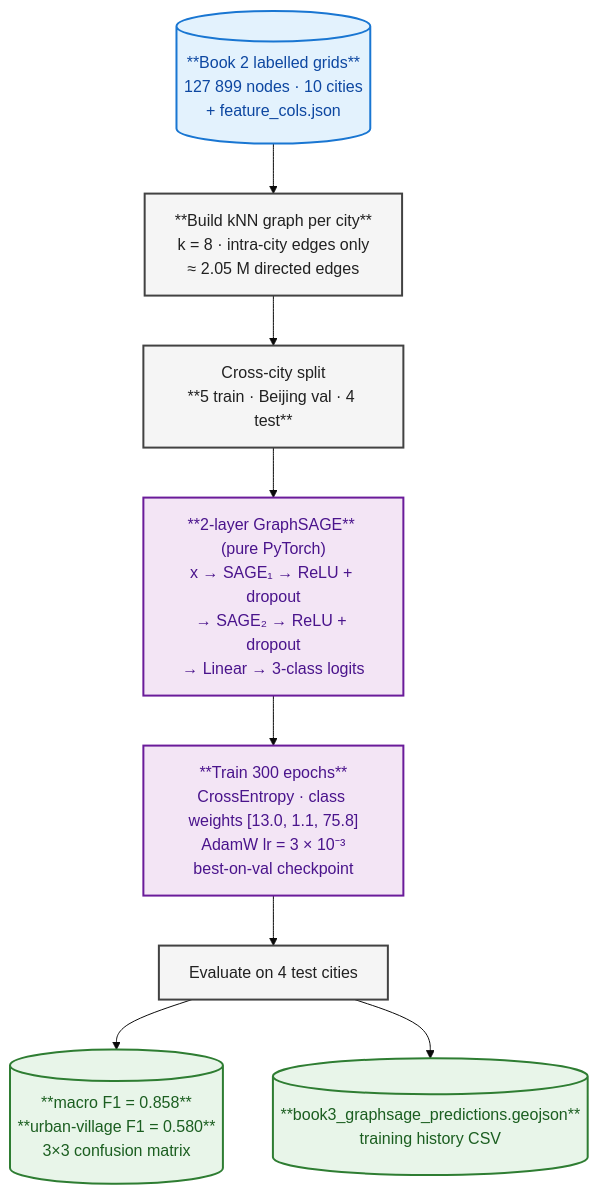
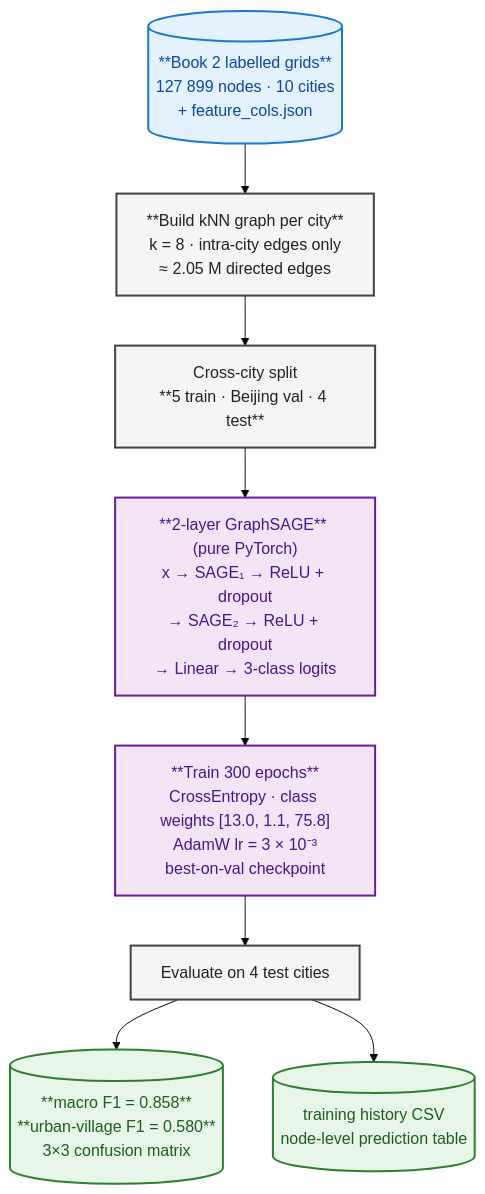
The sixth of 7 diagrams in README.md (Entao21/0069_coursework), drawn with Mermaid (base theme) before and after one commit. The commit also changed other lines of this file and 2 other files, not shown here.

````diff
--- a/README.md
+++ b/README.md
@@ -410,25 +415,25 @@
 ```mermaid
 flowchart TB
     A[("**Book 2 labelled grids**<br/>127 899 nodes · 10 cities<br/>+ feature_cols.json")]
     A --> B["**Build kNN graph per city**<br/>k = 8 · intra-city edges only<br/>≈ 2.05 M directed edges"]
     B --> C["Cross-city split<br/>**5 train · Beijing val · 4 test**"]
 
     C --> D["**2-layer GraphSAGE** (pure PyTorch)<br/>x → SAGE₁ → ReLU + dropout<br/>→ SAGE₂ → ReLU + dropout<br/>→ Linear → 3-class logits"]
 
     D --> E["**Train 300 epochs**<br/>CrossEntropy · class weights [13.0, 1.1, 75.8]<br/>AdamW lr = 3 × 10⁻³<br/>best-on-val checkpoint"]
 
     E --> G["Evaluate on 4 test cities"]
 
     G --> O1[("**macro F1 = 0.858**<br/>**urban-village F1 = 0.580**<br/>3×3 confusion matrix")]
-    G --> O2[("**book3_graphsage_predictions.geojson**<br/>training history CSV")]
+    G --> O2[("training history CSV<br/>node-level prediction table")]
 
     classDef input fill:#E3F2FD,stroke:#1976D2,stroke-width:2px,color:#0D47A1
     classDef process fill:#F5F5F5,stroke:#424242,stroke-width:2px,color:#212121
     classDef model fill:#F3E5F5,stroke:#6A1B9A,stroke-width:2px,color:#4A148C
     classDef output fill:#E8F5E9,stroke:#2E7D32,stroke-width:2px,color:#1B5E20
 
     class A input
     class B,C,G process
     class D,E model
     class O1,O2 output
 ```
````
